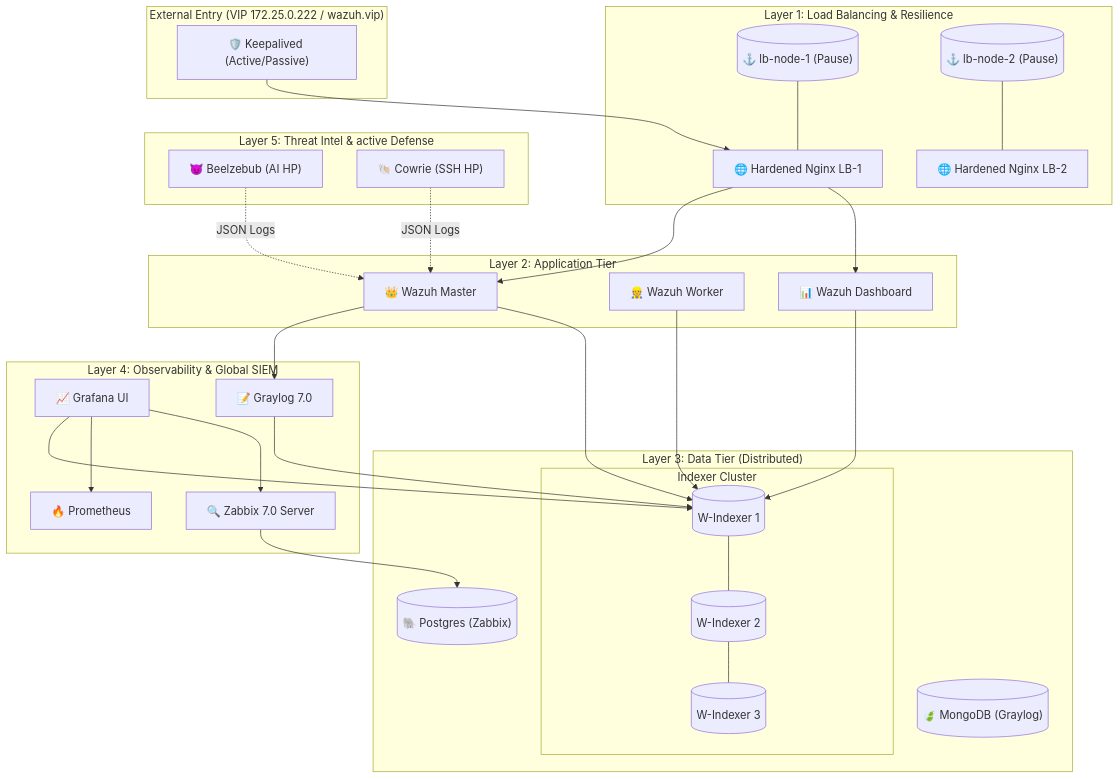
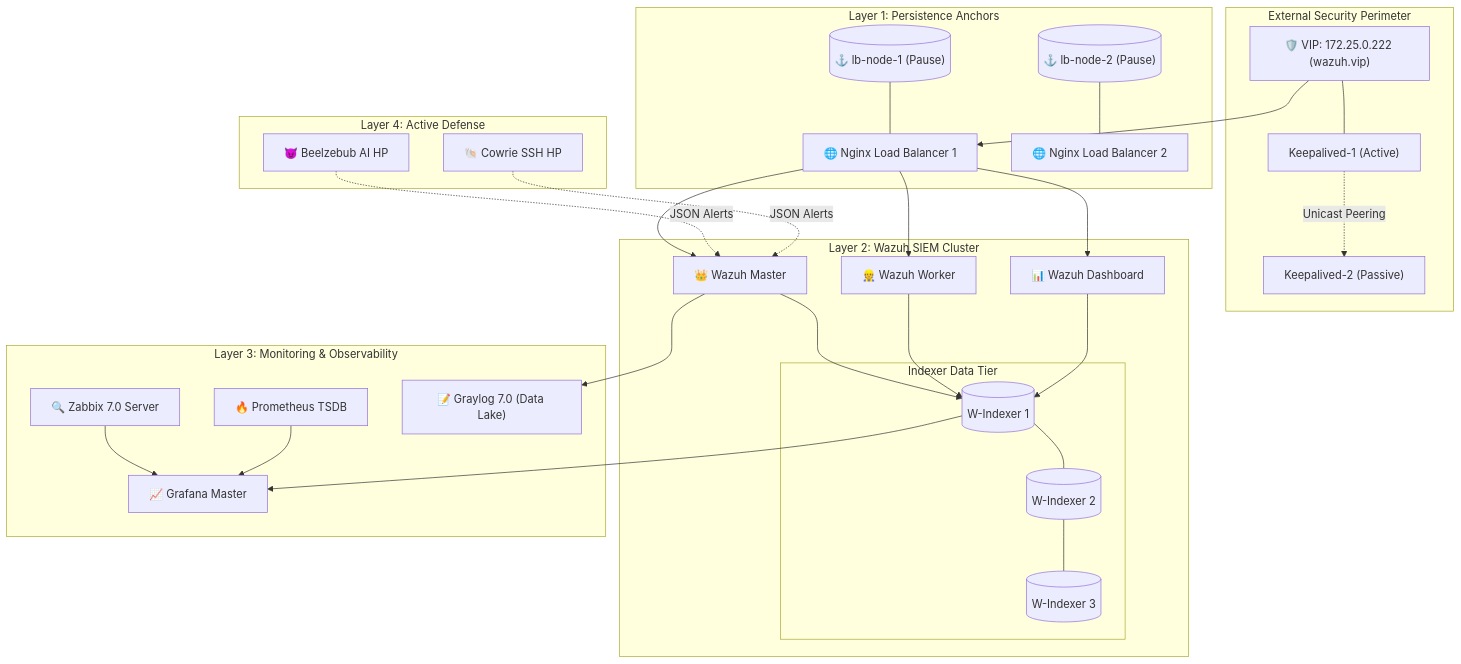
Before and after one commit to SaeidSec/Secret-Project: the first of 2 diagrams in multi-node/MASTER_PROJECT_DOCUMENTATION.md, drawn with Mermaid. The commit also changed other lines of this file and 12 other files, not shown here.

````diff
--- a/multi-node/MASTER_PROJECT_DOCUMENTATION.md
+++ b/multi-node/MASTER_PROJECT_DOCUMENTATION.md
@@ -74,64 +60,63 @@
 ```mermaid
 graph TD
-    subgraph "External Entry (VIP 172.25.0.222 / wazuh.vip)"
-        VRRP["🛡️ Keepalived (Active/Passive)"]
+    subgraph "External Security Perimeter"
+        VIP["🛡️ VIP: 172.25.0.222 (wazuh.vip)"]
+        KA1["Keepalived-1 (Active)"]
+        KA2["Keepalived-2 (Passive)"]
+        VIP --- KA1
+        KA1 -.->|"Unicast Peering"| KA2
     end
 
-    subgraph "Layer 1: Load Balancing & Resilience"
-        LB1["🌐 Hardened Nginx LB-1"]
-        LB2["🌐 Hardened Nginx LB-2"]
-        ANCHOR1[("⚓ lb-node-1 (Pause)")]
-        ANCHOR2[("⚓ lb-node-2 (Pause)")]
+    subgraph "Layer 1: Persistence Anchors"
+        LB_ANCHOR1[("⚓ lb-node-1 (Pause)")]
+        LB_ANCHOR2[("⚓ lb-node-2 (Pause)")]
+        NGINX1["🌐 Nginx Load Balancer 1"]
+        NGINX2["🌐 Nginx Load Balancer 2"]
         
-        ANCHOR1 --- LB1
-        ANCHOR2 --- LB2
+        LB_ANCHOR1 --- NGINX1
+        LB_ANCHOR2 --- NGINX2
     end
 
-    subgraph "Layer 2: Application Tier"
-        W_MASTER["👑 Wazuh Master"]
-        W_WORKER["👷 Wazuh Worker"]
-        W_DASH["📊 Wazuh Dashboard"]
-    end
-
-    subgraph "Layer 3: Data Tier (Distributed)"
-        subgraph "Indexer Cluster"
+    subgraph "Layer 2: Wazuh SIEM Cluster"
+        WM["👑 Wazuh Master"]
+        WW["👷 Wazuh Worker"]
+        WD["📊 Wazuh Dashboard"]
+        
+        subgraph "Indexer Data Tier"
             IDX1[("W-Indexer 1")]
             IDX2[("W-Indexer 2")]
             IDX3[("W-Indexer 3")]
+            IDX1 --- IDX2 --- IDX3
         end
-        MONGO[("🍃 MongoDB (Graylog)")]
-        POSTGRES[("🐘 Postgres (Zabbix)")]
     end
 
-    subgraph "Layer 4: Observability & Global SIEM"
+    subgraph "Layer 3: Monitoring & Observability"
         Z_SERVER["🔍 Zabbix 7.0 Server"]
-        GRAFANA["📈 Grafana UI"]
-        PROM["🔥 Prometheus"]
-        GRAYLOG["📝 Graylog 7.0"]
+        GRAFANA["📈 Grafana Master"]
+        PROM["🔥 Prometheus TSDB"]
+        GRAYLOG["📝 Graylog 7.0 (Data Lake)"]
     end
 
-    subgraph "Layer 5: Threat Intel & active Defense"
-        BEELZEBUB["😈 Beelzebub (AI HP)"]
-        COWRIE["🐚 Cowrie (SSH HP)"]
+    subgraph "Layer 4: Active Defense"
+        BEELZEBUB["😈 Beelzebub AI HP"]
+        COWRIE["🐚 Cowrie SSH HP"]
     end
 
-    %% Routing logic
-    VRRP --> LB1
-    LB1 --> W_DASH
-    LB1 --> W_MASTER
-    W_MASTER --> IDX1
-    W_WORKER --> IDX1
-    IDX1 --- IDX2 --- IDX3
-    W_DASH --> IDX1
+    %% Interactions
+    VIP --> NGINX1
+    NGINX1 --> WM
+    NGINX1 --> WW
+    NGINX1 --> WD
     
-    BEELZEBUB -.->|"JSON Logs"| W_MASTER
-    COWRIE -.->|"JSON Logs"| W_MASTER
+    WM --> IDX1
+    WW --> IDX1
+    WD --> IDX1
     
-    W_MASTER --> GRAYLOG
-    GRAYLOG --> IDX1
+    BEELZEBUB -.->|"JSON Alerts"| WM
+    COWRIE -.->|"JSON Alerts"| WM
     
-    Z_SERVER --> POSTGRES
-    GRAFANA --> Z_SERVER
-    GRAFANA --> PROM
-    GRAFANA --> IDX1
+    WM --> GRAYLOG
+    Z_SERVER --> GRAFANA
+    PROM --> GRAFANA
+    IDX1 --> GRAFANA
 ```
````
